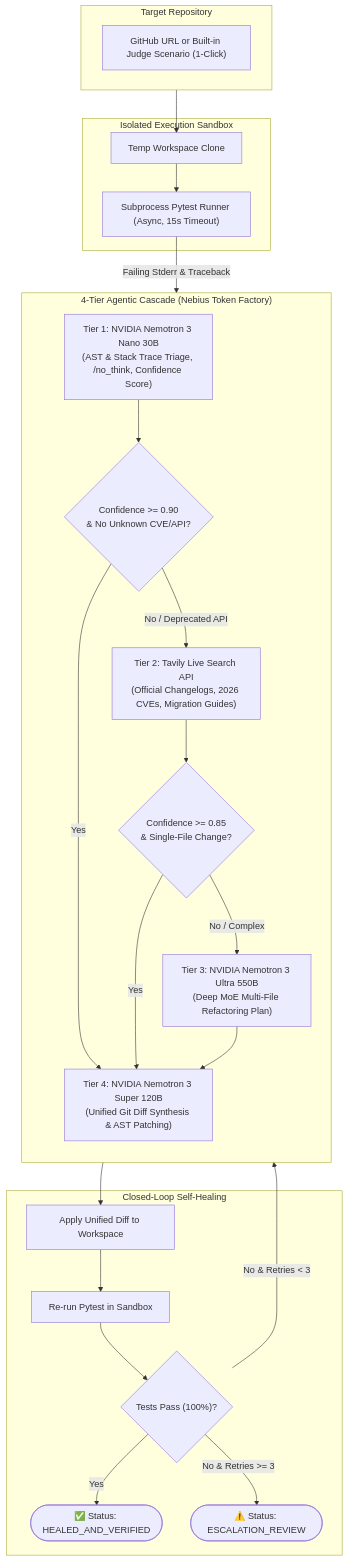
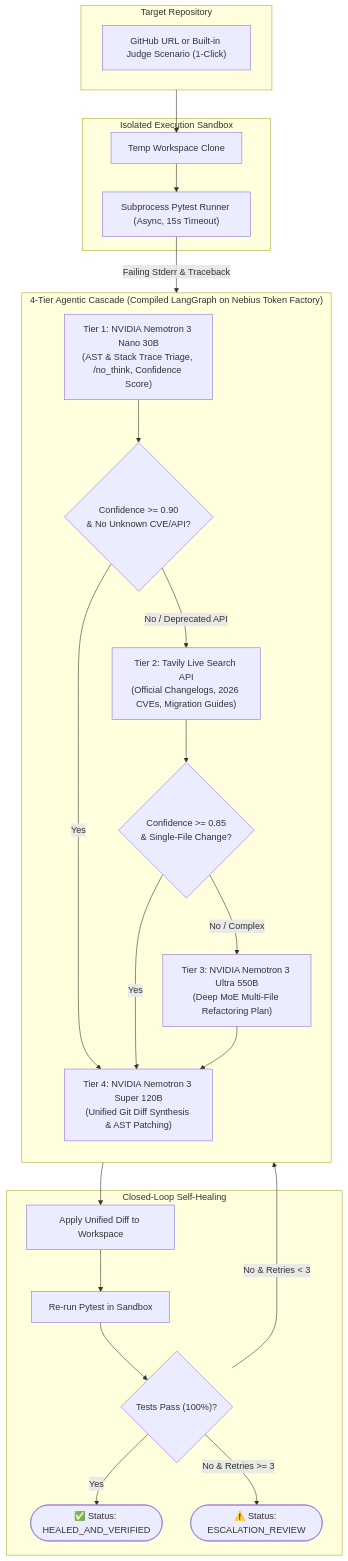
The diagram in README.md (piyushgoel2808/patchforge), drawn with Mermaid before and after one commit. The commit also changed other lines of this file and 23 other files, not shown here.

Commit message:
feat: overhaul LangGraph streaming, live Nebius/Tavily wiring, CLI engine, demo repos, and React workbench UI

````diff
--- a/README.md
+++ b/README.md
@@ -31,46 +31,46 @@
 ```mermaid
 flowchart TD
     subgraph Input ["Target Repository"]
         Repo["GitHub URL or Built-in Judge Scenario (1-Click)"]
     end
 
     subgraph Sandbox ["Isolated Execution Sandbox"]
         Clone["Temp Workspace Clone"]
         Pytest["Subprocess Pytest Runner (Async, 15s Timeout)"]
         Clone --> Pytest
     end
 
-    subgraph Cascade ["4-Tier Agentic Cascade (Nebius Token Factory)"]
+    subgraph Cascade ["4-Tier Agentic Cascade (Compiled LangGraph on Nebius Token Factory)"]
         direction TB
         T1["Tier 1: NVIDIA Nemotron 3 Nano 30B\n(AST & Stack Trace Triage, /no_think, Confidence Score)"]
         Gate1{"Confidence >= 0.90\n& No Unknown CVE/API?"}
         T2["Tier 2: Tavily Live Search API\n(Official Changelogs, 2026 CVEs, Migration Guides)"]
         Gate2{"Confidence >= 0.85\n& Single-File Change?"}
         T3["Tier 3: NVIDIA Nemotron 3 Ultra 550B\n(Deep MoE Multi-File Refactoring Plan)"]
         T4["Tier 4: NVIDIA Nemotron 3 Super 120B\n(Unified Git Diff Synthesis & AST Patching)"]
     end
 
     subgraph Verification ["Closed-Loop Self-Healing"]
         Apply["Apply Unified Diff to Workspace"]
         Verify["Re-run Pytest in Sandbox"]
         RetryCheck{"Tests Pass (100%)?"}
         Done(["✅ Status: HEALED_AND_VERIFIED"])
         Escalate(["⚠️ Status: ESCALATION_REVIEW"])
     end
 
     Input --> Clone
     Pytest -->|Failing Stderr & Traceback| T1
     T1 --> Gate1
     Gate1 -->|Yes| T4
     Gate1 -->|No / Deprecated API| T2
     T2 --> Gate2
     Gate2 -->|Yes| T4
     Gate2 -->|No / Complex| T3
     T3 --> T4
     T4 --> Apply
     Apply --> Verify
     Verify --> RetryCheck
     RetryCheck -->|Yes| Done
     RetryCheck -->|No & Retries < 3| T3
     RetryCheck -->|No & Retries >= 3| Escalate
 ```
````
